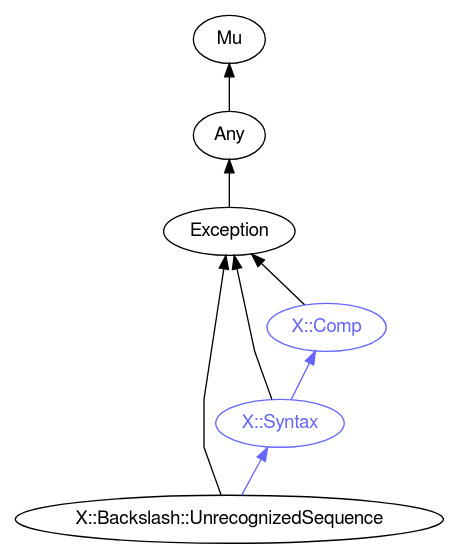
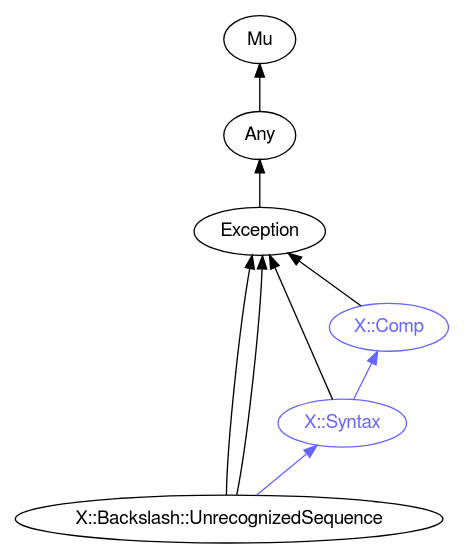
Before and after one commit to uzluisf/rakudoc: the diagram in images/type-graph-X::Backslash::UnrecognizedSequence.svg.dot, drawn with Graphviz. The commit also changed 1890 other files, not shown here.

```diff
--- a/images/type-graph-X::Backslash::UnrecognizedSequence.svg.dot
+++ b/images/type-graph-X::Backslash::UnrecognizedSequence.svg.dot
@@ -1,23 +1,24 @@
 digraph "perl6-type-graph" {
     rankdir=BT;
     splines=polyline;
     overlap=false; 
     // Types
     "X::Backslash::UnrecognizedSequence" [color="#000000", fontcolor="#000000", href="/type/X::Backslash::UnrecognizedSequence", fontname="FreeSans"];
     "Mu" [color="#000000", fontcolor="#000000", href="/type/Mu", fontname="FreeSans"];
     "Any" [color="#000000", fontcolor="#000000", href="/type/Any", fontname="FreeSans"];
     "Exception" [color="#000000", fontcolor="#000000", href="/type/Exception", fontname="FreeSans"];
     "X::Comp" [color="#6666FF", fontcolor="#6666FF", href="/type/X::Comp", fontname="FreeSans"];
     "X::Syntax" [color="#6666FF", fontcolor="#6666FF", href="/type/X::Syntax", fontname="FreeSans"];
 
     // Superclasses
     "X::Backslash::UnrecognizedSequence" -> "Exception" [color="#000000"];
+    "X::Backslash::UnrecognizedSequence" -> "Exception" [color="#000000"];
     "Any" -> "Mu" [color="#000000"];
     "Exception" -> "Any" [color="#000000"];
     "X::Comp" -> "Exception" [color="#000000"];
     "X::Syntax" -> "Exception" [color="#000000"];
 
     // Roles
     "X::Backslash::UnrecognizedSequence" -> "X::Syntax" [color="#6666FF"];
     "X::Syntax" -> "X::Comp" [color="#6666FF"];
 }
```
